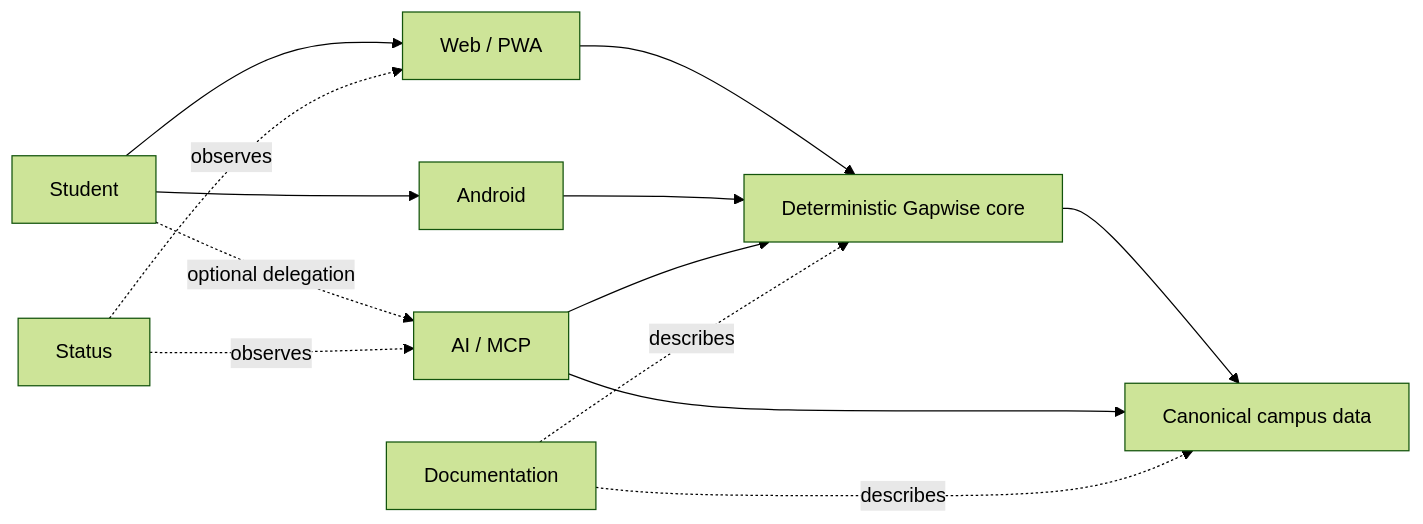
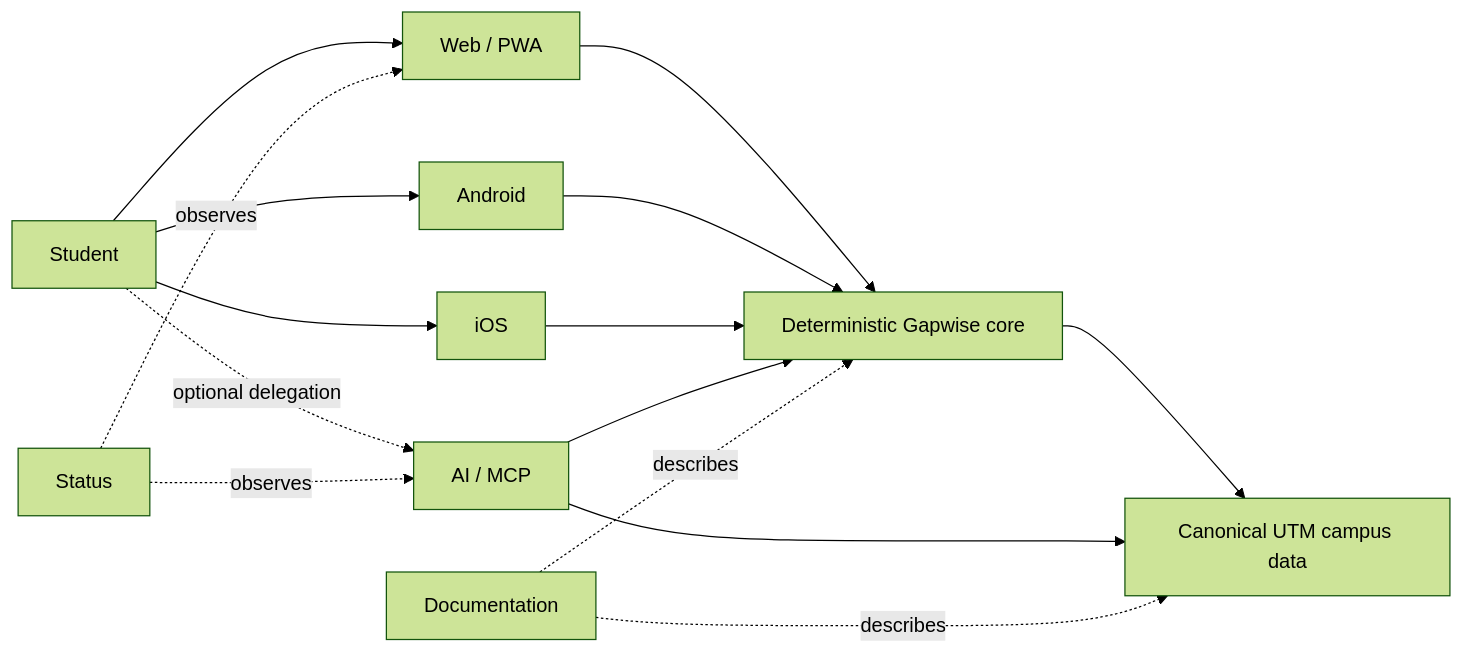
Before and after one commit to Gapwise-for-UTM/.github: the diagram in profile/README.md, drawn with Mermaid (forest theme). The commit also changed other lines of this file, not shown here.

````diff
--- a/profile/README.md
+++ b/profile/README.md
@@ -40,18 +49,20 @@
 ```mermaid
 flowchart LR
     U[Student] --> W[Web / PWA]
-    U --> M[Android]
-    U -. optional delegation .-> A[AI / MCP]
+    U --> A1[Android]
+    U --> I[iOS]
+    U -. optional delegation .-> AI[AI / MCP]
 
     W --> C[Deterministic Gapwise core]
-    M --> C
-    A --> C
+    A1 --> C
+    I --> C
+    AI --> C
 
-    C --> D[Canonical campus data]
-    A --> D
+    C --> D[Canonical UTM campus data]
+    AI --> D
 
     DOCS[Documentation] -. describes .-> C
     DOCS -. describes .-> D
     STATUS[Status] -. observes .-> W
-    STATUS -. observes .-> A
+    STATUS -. observes .-> AI
 ```
````
